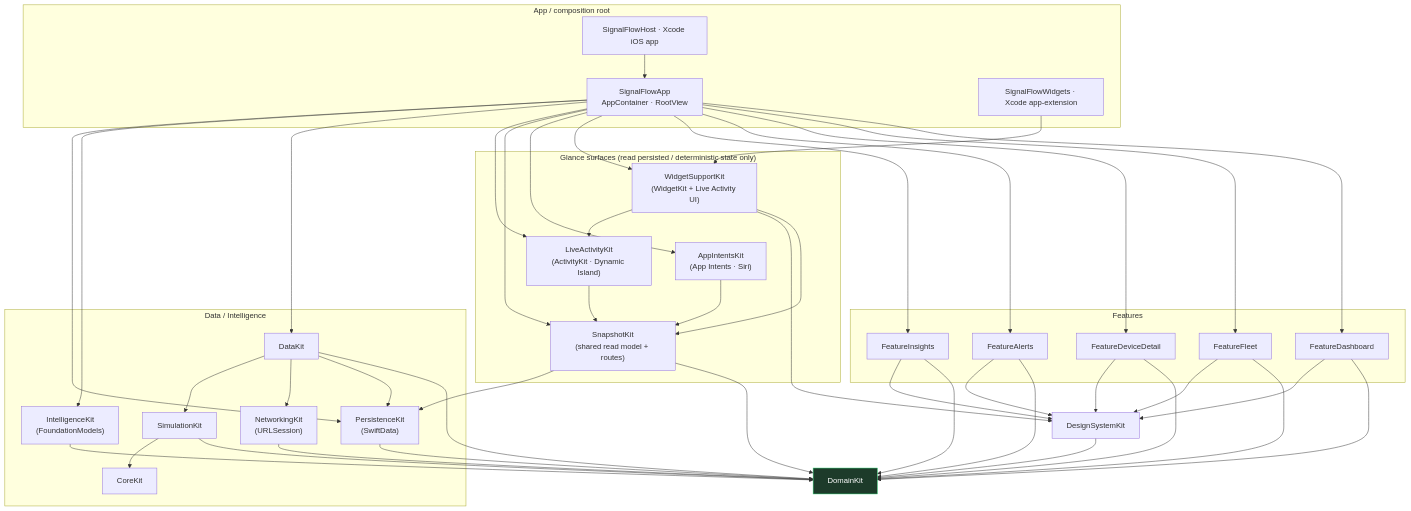
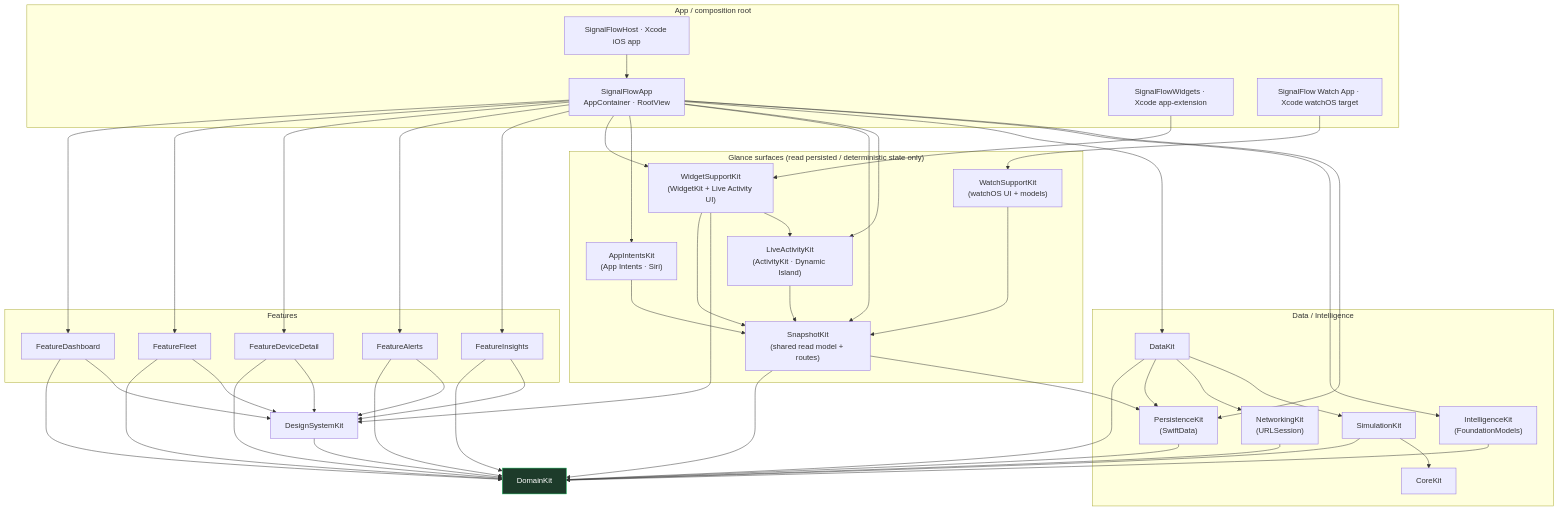
Before and after one commit to donatogomez/signal-flow: the second of 2 diagrams in README.md, drawn with Mermaid. The commit also changed other lines of this file and 14 other files, not shown here.

First line of the commit message:
Add watchOS companion app (#16)

````diff
--- a/README.md
+++ b/README.md
@@ -141,61 +142,65 @@
 ```mermaid
 flowchart TD
     subgraph AppLayer["App / composition root"]
         HOST["SignalFlowHost · Xcode iOS app"]
         APPLIB["SignalFlowApp<br/>AppContainer · RootView"]
         WIDGETHOST["SignalFlowWidgets · Xcode app-extension"]
+        WATCHHOST["SignalFlow Watch App · Xcode watchOS target"]
     end
     subgraph FeatureLayer["Features"]
         F1[FeatureDashboard]
         F2[FeatureFleet]
         F3[FeatureDeviceDetail]
         F4[FeatureAlerts]
         F5[FeatureInsights]
     end
     subgraph GlanceLayer["Glance surfaces (read persisted / deterministic state only)"]
         WS["WidgetSupportKit<br/>(WidgetKit + Live Activity UI)"]
         AI["AppIntentsKit<br/>(App Intents · Siri)"]
         LA["LiveActivityKit<br/>(ActivityKit · Dynamic Island)"]
+        WATCH["WatchSupportKit<br/>(watchOS UI + models)"]
         SK["SnapshotKit<br/>(shared read model + routes)"]
     end
     DS[DesignSystemKit]
     subgraph DataLayer["Data / Intelligence"]
         DK[DataKit]
         PERSIST["PersistenceKit<br/>(SwiftData)"]
         NET["NetworkingKit<br/>(URLSession)"]
         INTEL["IntelligenceKit<br/>(FoundationModels)"]
         SIM[SimulationKit]
         CORE[CoreKit]
     end
     DOM[DomainKit]
 
     HOST --> APPLIB
     WIDGETHOST --> WS
+    WATCHHOST --> WATCH
     APPLIB --> F1 & F2 & F3 & F4 & F5
     APPLIB --> WS & AI & SK & LA
     APPLIB --> DK
     APPLIB --> INTEL
     APPLIB --> PERSIST
     F1 & F2 & F3 & F4 & F5 --> DOM
     F1 & F2 & F3 & F4 & F5 --> DS
     WS --> SK
     WS --> DS
     WS --> LA
     AI --> SK
     LA --> SK
+    WATCH --> SK
     SK --> DOM
     SK --> PERSIST
     DS --> DOM
     DK --> DOM
     DK --> PERSIST
     DK --> NET
     PERSIST --> DOM
     NET --> DOM
     INTEL --> DOM
     DK --> SIM
     SIM --> DOM
     SIM --> CORE
 
     classDef domain fill:#1d3b2a,stroke:#2ecc71,color:#fff;
     class DOM domain;
 ```
````
